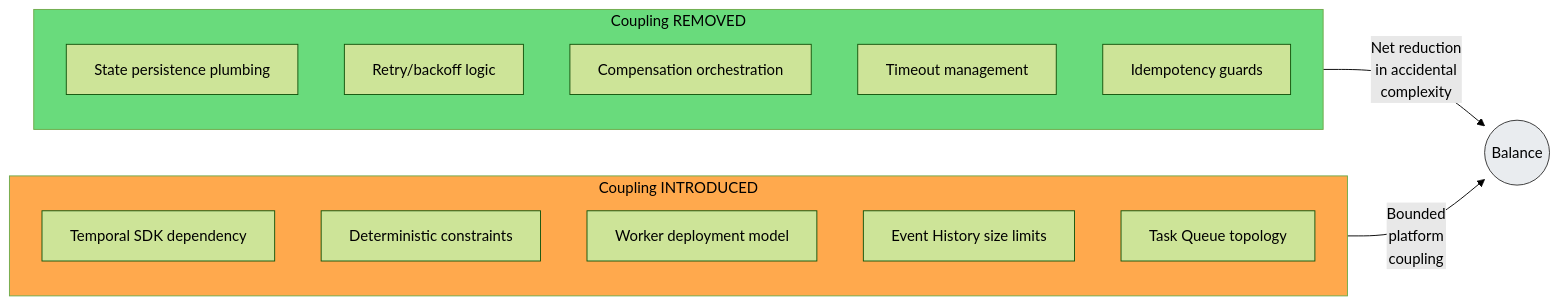
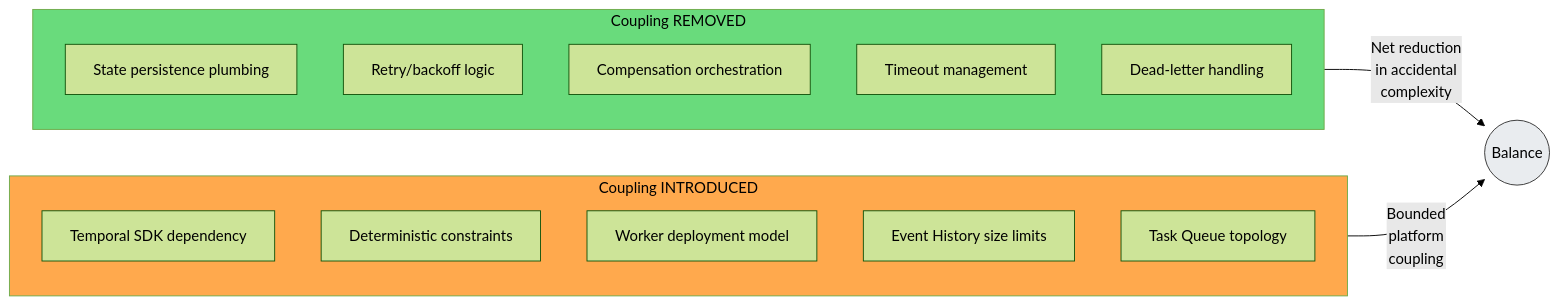
Before and after one commit to anaerobic/coupling: the eighth of 12 diagrams in durable-execution-orchestration.md, drawn with Mermaid (forest theme). The commit also changed other lines of this file and 8 other files, not shown here.

````diff
--- a/durable-execution-orchestration.md
+++ b/durable-execution-orchestration.md
@@ -652,25 +729,25 @@
 ```mermaid
 flowchart LR
     subgraph removed ["Coupling REMOVED"]
         R1["State persistence plumbing"]
         R2["Retry/backoff logic"]
         R3["Compensation orchestration"]
         R4["Timeout management"]
-        R5["Idempotency guards"]
+        R5["Dead-letter handling"]
     end
 
     subgraph introduced ["Coupling INTRODUCED"]
         I1["Temporal SDK dependency"]
         I2["Deterministic constraints"]
         I3["Worker deployment model"]
         I4["Event History size limits"]
         I5["Task Queue topology"]
     end
 
     removed -->|"Net reduction<br/>in accidental<br/>complexity"| Balance((Balance))
     introduced -->|"Bounded<br/>platform<br/>coupling"| Balance
 
     style removed fill:#69db7c,color:#000
     style introduced fill:#ffa94d,color:#000
     style Balance fill:#e9ecef,stroke:#333
 ```
````
